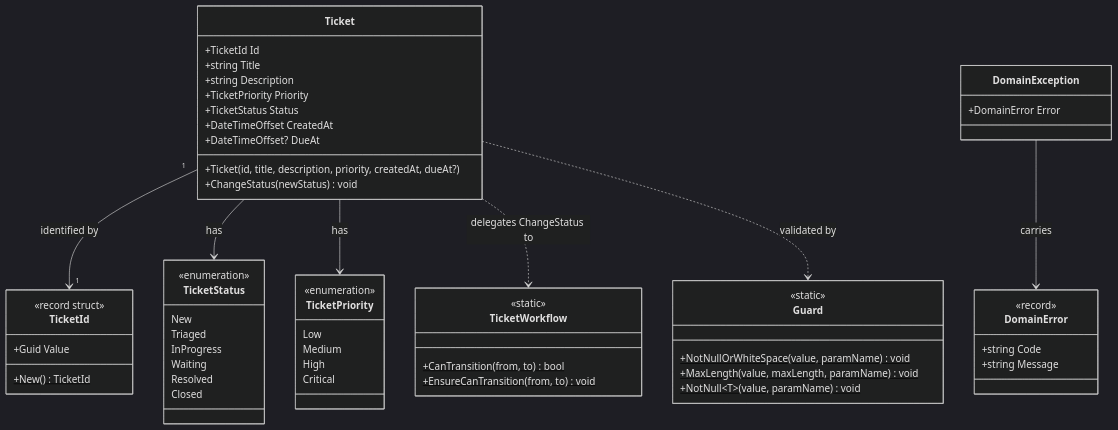
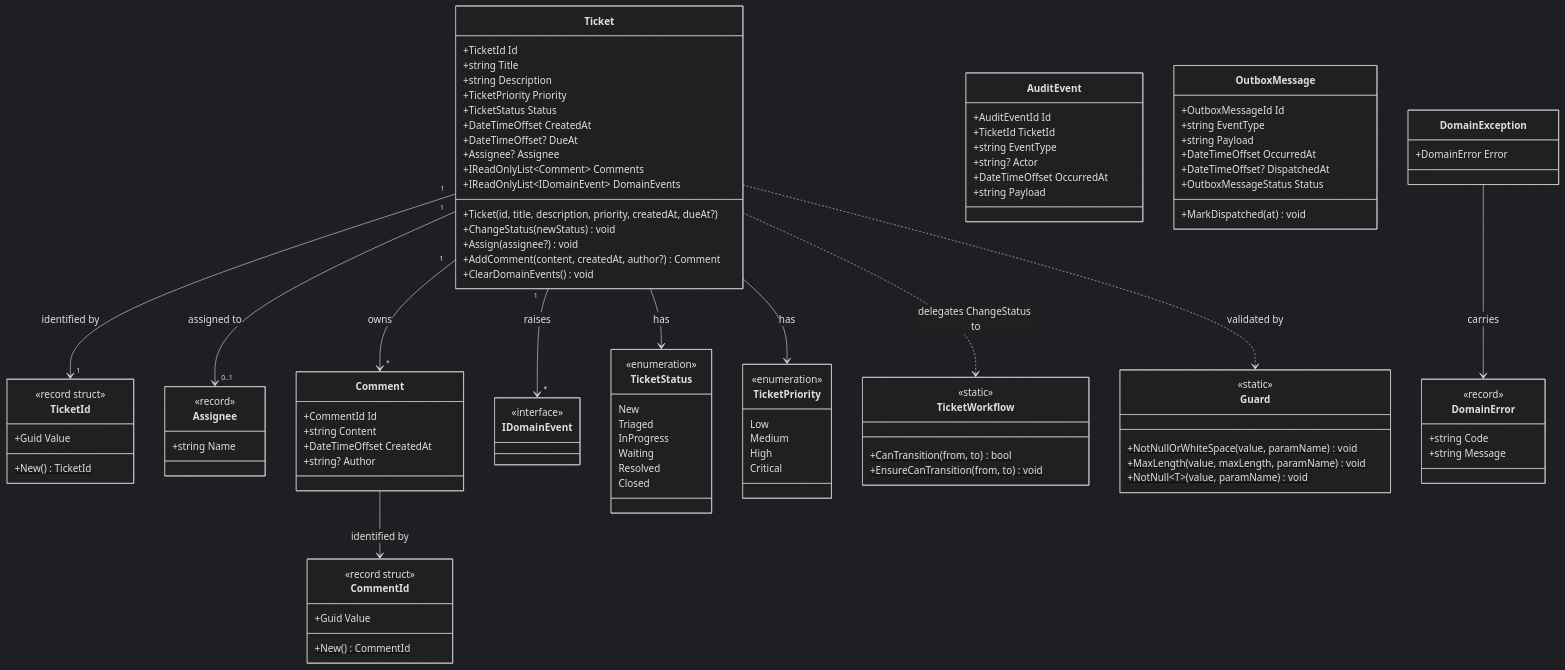
Before and after one commit to goldbarth/ServiceDeskLite: the diagram in docs/diagrams/domain-model.mmd, drawn with Mermaid (dark theme). The commit also changed 25 other files, not shown here.

Commit message:
docs: sync documentation and diagrams with Milestone 3 (#122)

```diff
--- a/docs/diagrams/domain-model.mmd
+++ b/docs/diagrams/domain-model.mmd
@@ -1,59 +1,104 @@
 classDiagram
     class Ticket {
         +TicketId Id
         +string Title
         +string Description
         +TicketPriority Priority
         +TicketStatus Status
         +DateTimeOffset CreatedAt
         +DateTimeOffset? DueAt
+        +Assignee? Assignee
+        +IReadOnlyList~Comment~ Comments
+        +IReadOnlyList~IDomainEvent~ DomainEvents
         +Ticket(id, title, description, priority, createdAt, dueAt?)
         +ChangeStatus(newStatus) void
+        +Assign(assignee?) void
+        +AddComment(content, createdAt, author?) Comment
+        +ClearDomainEvents() void
     }
     class TicketId {
         <<record struct>>
         +Guid Value
         +New()$ TicketId
+    }
+    class Assignee {
+        <<record>>
+        +string Name
+    }
+    class Comment {
+        +CommentId Id
+        +string Content
+        +DateTimeOffset CreatedAt
+        +string? Author
+    }
+    class CommentId {
+        <<record struct>>
+        +Guid Value
+        +New()$ CommentId
+    }
+    class AuditEvent {
+        +AuditEventId Id
+        +TicketId TicketId
+        +string EventType
+        +string? Actor
+        +DateTimeOffset OccurredAt
+        +string Payload
+    }
+    class OutboxMessage {
+        +OutboxMessageId Id
+        +string EventType
+        +string Payload
+        +DateTimeOffset OccurredAt
+        +DateTimeOffset? DispatchedAt
+        +OutboxMessageStatus Status
+        +MarkDispatched(at) void
+    }
+    class IDomainEvent {
+        <<interface>>
     }
     class TicketStatus {
         <<enumeration>>
         New
         Triaged
         InProgress
         Waiting
         Resolved
         Closed
     }
     class TicketPriority {
         <<enumeration>>
         Low
         Medium
         High
         Critical
     }
     class TicketWorkflow {
         <<static>>
         +CanTransition(from, to)$ bool
         +EnsureCanTransition(from, to)$ void
     }
     class Guard {
         <<static>>
         +NotNullOrWhiteSpace(value, paramName)$ void
         +MaxLength(value, maxLength, paramName)$ void
         +NotNull~T~(value, paramName)$ void
     }
     class DomainException {
         +DomainError Error
     }
     class DomainError {
         <<record>>
         +string Code
         +string Message
     }
 
     Ticket "1" --> "1" TicketId : identified by
+    Ticket "1" --> "0..1" Assignee : assigned to
+    Ticket "1" --> "*" Comment : owns
     Ticket --> TicketStatus : has
     Ticket --> TicketPriority : has
+    Ticket "1" --> "*" IDomainEvent : raises
+    Comment --> CommentId : identified by
     Ticket ..> TicketWorkflow : delegates ChangeStatus to
     Ticket ..> Guard : validated by
     DomainException --> DomainError : carries
```
